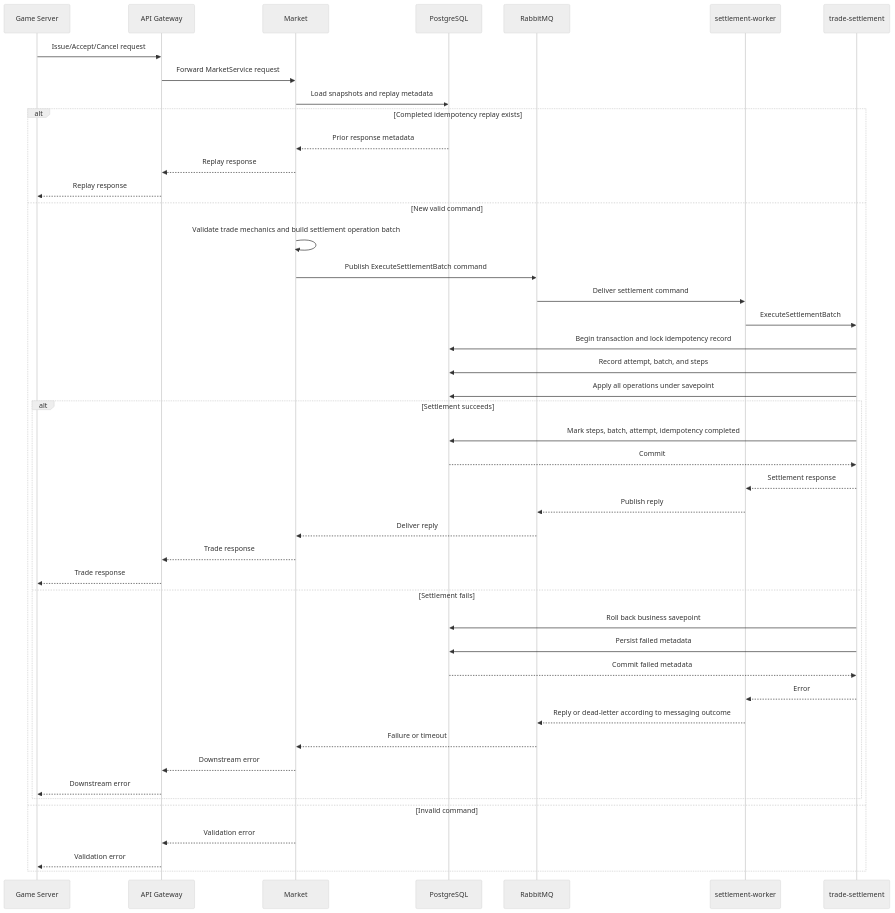
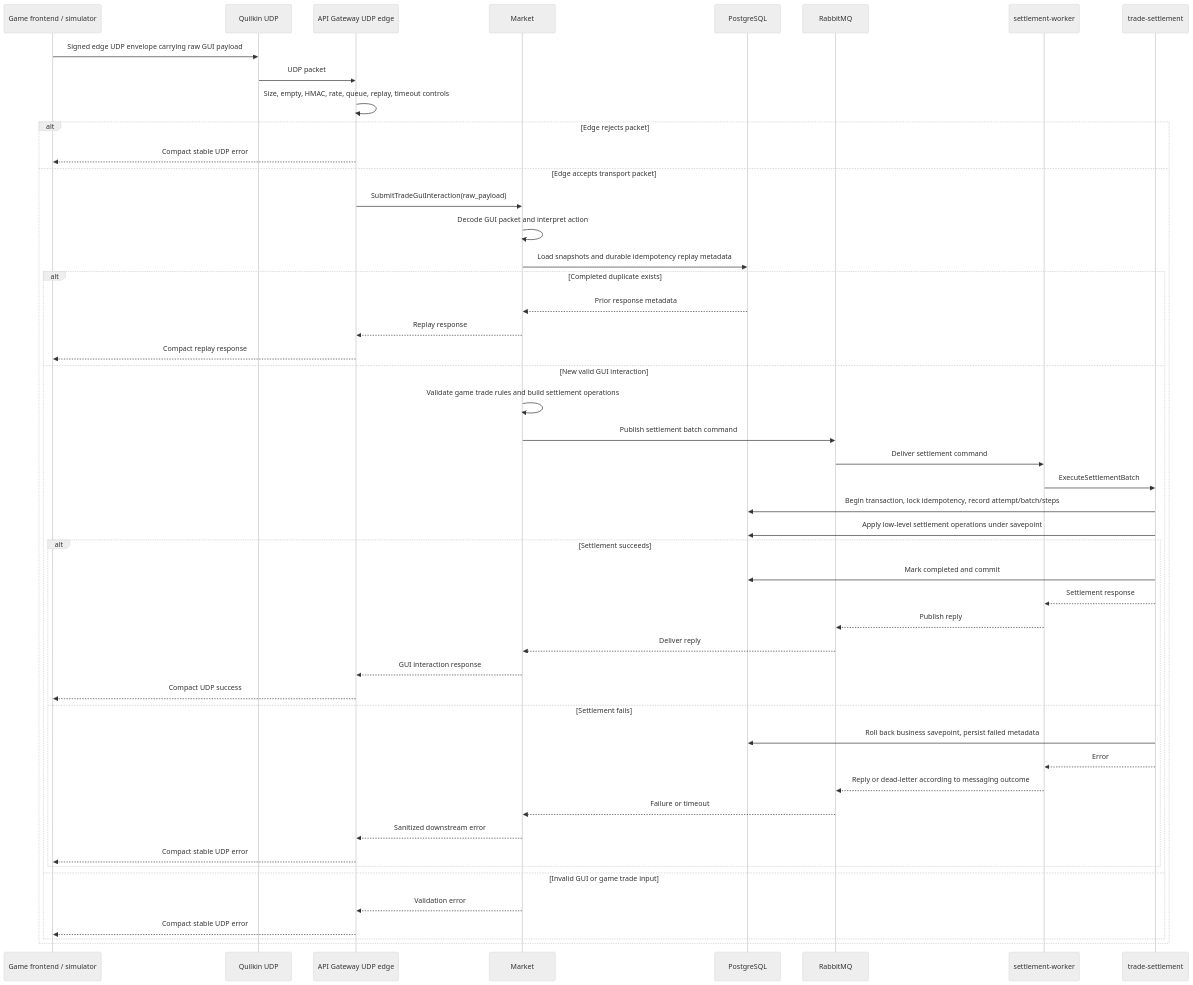
Before and after one commit to QuasarRay/eve-trade: the diagram in Architecture/ISO-42010/04-functional-runtime-view.md, drawn with Mermaid (neutral theme). The commit also changed other lines of this file and 61 other files, not shown here.

````diff
--- a/Architecture/ISO-42010/04-functional-runtime-view.md
+++ b/Architecture/ISO-42010/04-functional-runtime-view.md
@@ -49,48 +49,52 @@
 ```mermaid
 sequenceDiagram
-  participant Game as Game Server
-  participant Gateway as API Gateway
+  participant Frontend as Game frontend / simulator
+  participant Quilkin as Quilkin UDP
+  participant Gateway as API Gateway UDP edge
   participant Market as Market
   participant DB as PostgreSQL
   participant Rabbit as RabbitMQ
   participant Worker as settlement-worker
   participant Settlement as trade-settlement
 
-  Game->>Gateway: Issue/Accept/Cancel request
-  Gateway->>Market: Forward MarketService request
-  Market->>DB: Load snapshots and replay metadata
-  alt Completed idempotency replay exists
-    DB-->>Market: Prior response metadata
-    Market-->>Gateway: Replay response
-    Gateway-->>Game: Replay response
-  else New valid command
-    Market->>Market: Validate trade mechanics and build settlement operation batch
-    Market->>Rabbit: Publish ExecuteSettlementBatch command
-    Rabbit->>Worker: Deliver settlement command
-    Worker->>Settlement: ExecuteSettlementBatch
-    Settlement->>DB: Begin transaction and lock idempotency record
-    Settlement->>DB: Record attempt, batch, and steps
-    Settlement->>DB: Apply all operations under savepoint
-    alt Settlement succeeds
-      Settlement->>DB: Mark steps, batch, attempt, idempotency completed
-      DB-->>Settlement: Commit
-      Settlement-->>Worker: Settlement response
-      Worker-->>Rabbit: Publish reply
-      Rabbit-->>Market: Deliver reply
-      Market-->>Gateway: Trade response
-      Gateway-->>Game: Trade response
-    else Settlement fails
-      Settlement->>DB: Roll back business savepoint
-      Settlement->>DB: Persist failed metadata
-      DB-->>Settlement: Commit failed metadata
-      Settlement-->>Worker: Error
-      Worker-->>Rabbit: Reply or dead-letter according to messaging outcome
-      Rabbit-->>Market: Failure or timeout
-      Market-->>Gateway: Downstream error
-      Gateway-->>Game: Downstream error
+  Frontend->>Quilkin: Signed edge UDP envelope carrying raw GUI payload
+  Quilkin->>Gateway: UDP packet
+  Gateway->>Gateway: Size, empty, HMAC, rate, queue, replay, timeout controls
+  alt Edge rejects packet
+    Gateway-->>Frontend: Compact stable UDP error
+  else Edge accepts transport packet
+    Gateway->>Market: SubmitTradeGuiInteraction(raw_payload)
+    Market->>Market: Decode GUI packet and interpret action
+    Market->>DB: Load snapshots and durable idempotency replay metadata
+    alt Completed duplicate exists
+      DB-->>Market: Prior response metadata
+      Market-->>Gateway: Replay response
+      Gateway-->>Frontend: Compact replay response
+    else New valid GUI interaction
+      Market->>Market: Validate game trade rules and build settlement operations
+      Market->>Rabbit: Publish settlement batch command
+      Rabbit->>Worker: Deliver settlement command
+      Worker->>Settlement: ExecuteSettlementBatch
+      Settlement->>DB: Begin transaction, lock idempotency, record attempt/batch/steps
+      Settlement->>DB: Apply low-level settlement operations under savepoint
+      alt Settlement succeeds
+        Settlement->>DB: Mark completed and commit
+        Settlement-->>Worker: Settlement response
+        Worker-->>Rabbit: Publish reply
+        Rabbit-->>Market: Deliver reply
+        Market-->>Gateway: GUI interaction response
+        Gateway-->>Frontend: Compact UDP success
+      else Settlement fails
+        Settlement->>DB: Roll back business savepoint, persist failed metadata
+        Settlement-->>Worker: Error
+        Worker-->>Rabbit: Reply or dead-letter according to messaging outcome
+        Rabbit-->>Market: Failure or timeout
+        Market-->>Gateway: Sanitized downstream error
+        Gateway-->>Frontend: Compact stable UDP error
+      end
+    else Invalid GUI or game trade input
+      Market-->>Gateway: Validation error
+      Gateway-->>Frontend: Compact stable UDP error
     end
-  else Invalid command
-    Market-->>Gateway: Validation error
-    Gateway-->>Game: Validation error
   end
 ```
````
